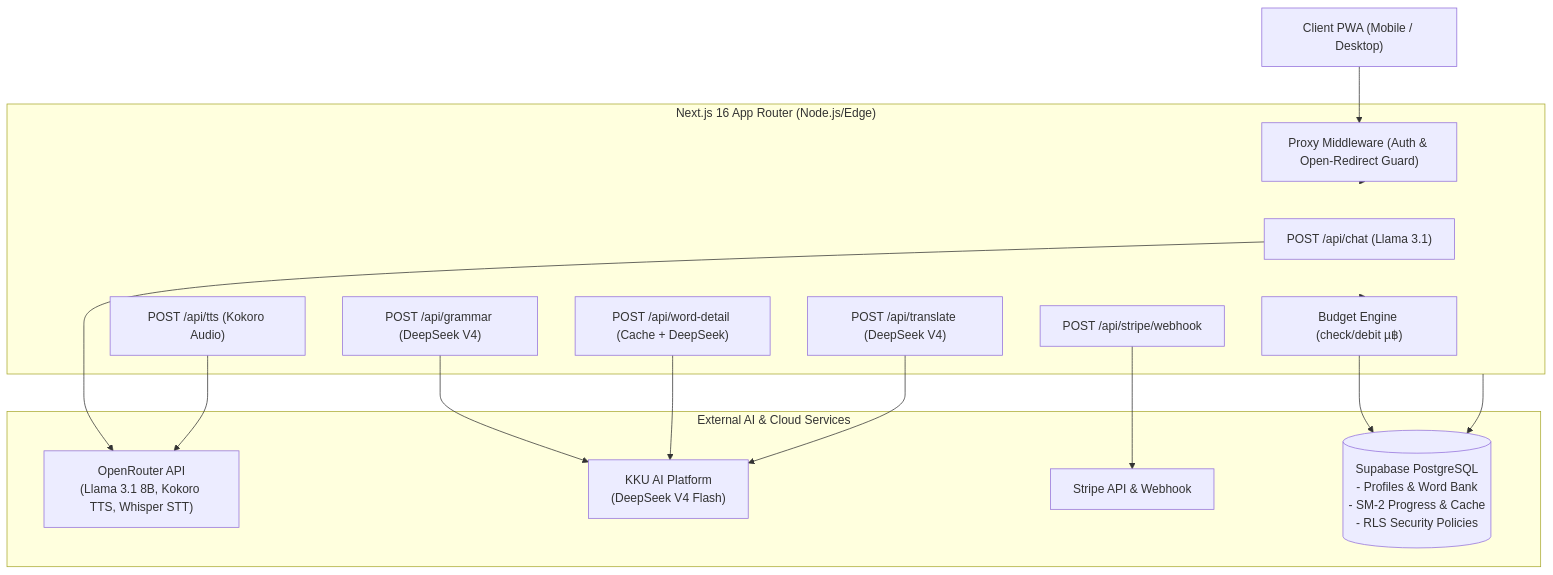
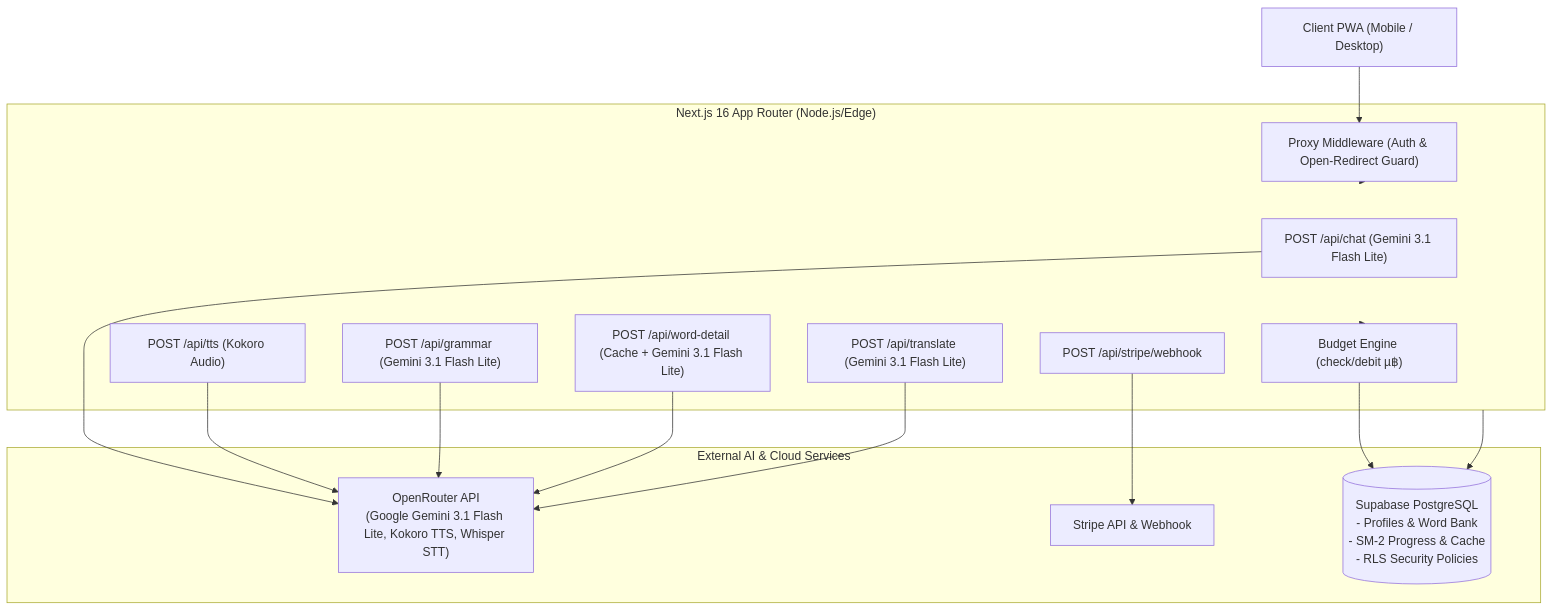
Before and after one commit to PATHAPHON/Evely-ai-project: the diagram in tranly/README.md, drawn with Mermaid. The commit also changed other lines of this file and 16 other files, not shown here.

Commit message:
refactor(ai): switch to Google Gemini 3.1 Flash Lite via OpenRouter and remove KKU/DeepL

````diff
--- a/tranly/README.md
+++ b/tranly/README.md
@@ -50,34 +48,33 @@
 ```mermaid
 flowchart TD
     Client["Client PWA (Mobile / Desktop)"]
     
     subgraph NextServer ["Next.js 16 App Router (Node.js/Edge)"]
         Middleware["Proxy Middleware (Auth & Open-Redirect Guard)"]
-        ChatRoute["POST /api/chat (Llama 3.1)"]
-        GrammarRoute["POST /api/grammar (DeepSeek V4)"]
-        WordRoute["POST /api/word-detail (Cache + DeepSeek)"]
-        TransRoute["POST /api/translate (DeepSeek V4)"]
+        ChatRoute["POST /api/chat (Gemini 3.1 Flash Lite)"]
+        GrammarRoute["POST /api/grammar (Gemini 3.1 Flash Lite)"]
+        WordRoute["POST /api/word-detail (Cache + Gemini 3.1 Flash Lite)"]
+        TransRoute["POST /api/translate (Gemini 3.1 Flash Lite)"]
         TTSRoute["POST /api/tts (Kokoro Audio)"]
         StripeRoute["POST /api/stripe/webhook"]
         BudgetEngine["Budget Engine (check/debit µ฿)"]
     end
     
     subgraph ExternalServices ["External AI & Cloud Services"]
-        OpenRouter["OpenRouter API\n(Llama 3.1 8B, Kokoro TTS, Whisper STT)"]
-        KKU["KKU AI Platform\n(DeepSeek V4 Flash)"]
+        OpenRouter["OpenRouter API\n(Google Gemini 3.1 Flash Lite, Kokoro TTS, Whisper STT)"]
         StripeAPI["Stripe API & Webhook"]
         SupabaseDB[("Supabase PostgreSQL\n- Profiles & Word Bank\n- SM-2 Progress & Cache\n- RLS Security Policies")]
     end
     
     Client --> Middleware
     Middleware --> NextServer
     NextServer --> BudgetEngine
     BudgetEngine --> SupabaseDB
     ChatRoute --> OpenRouter
     TTSRoute --> OpenRouter
-    GrammarRoute --> KKU
-    WordRoute --> KKU
-    TransRoute --> KKU
+    GrammarRoute --> OpenRouter
+    WordRoute --> OpenRouter
+    TransRoute --> OpenRouter
     StripeRoute --> StripeAPI
     NextServer --> SupabaseDB
 ```
````
